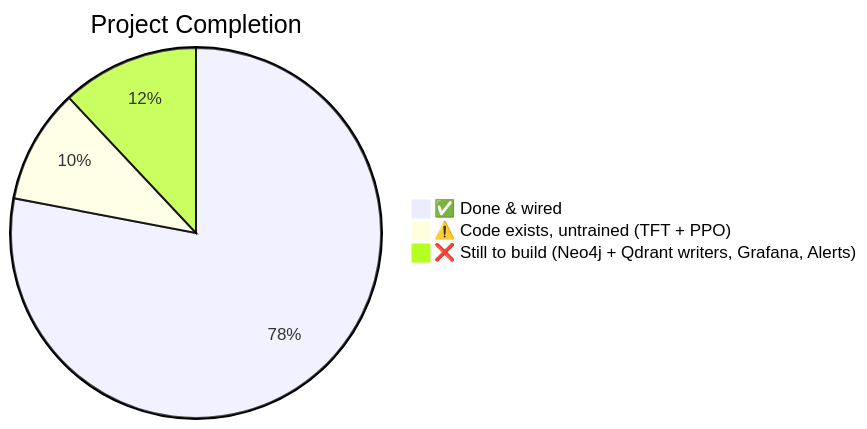
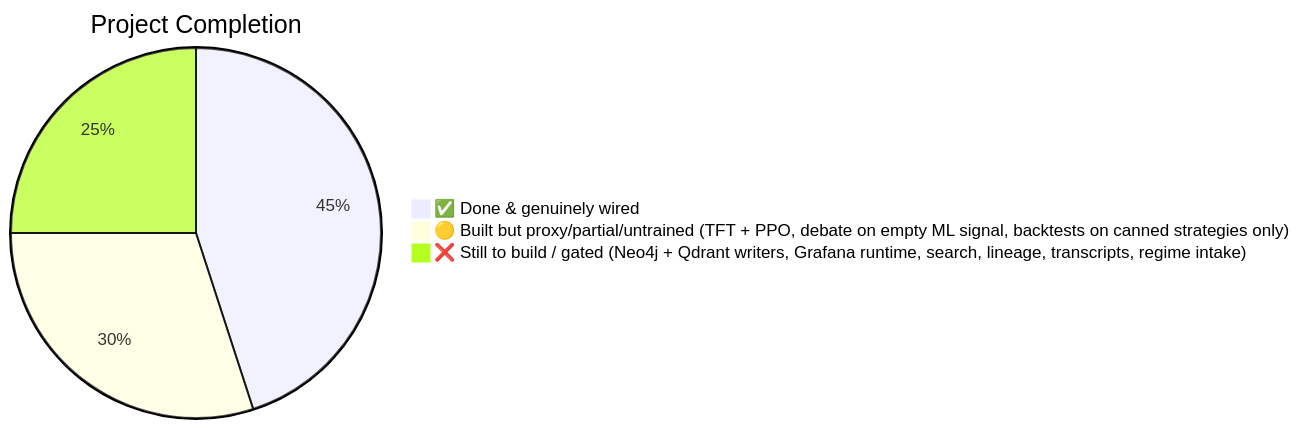
Before and after one commit to Priyatanshu2002/Quant-Dashboard: the fifth of 5 diagrams in docs/system_visual_map.md, drawn with Mermaid. The commit also changed other lines of this file and 4 other files, not shown here.

Commit message:
docs: rectify proxy-'done' status marks; add architecture AUDIT.md (issues I1-I9 + remediation R1-R7)

````diff
--- a/docs/system_visual_map.md
+++ b/docs/system_visual_map.md
@@ -245,6 +247,6 @@
 ```mermaid
 pie title Project Completion
-    "✅ Done & wired" : 78
-    "⚠️ Code exists, untrained (TFT + PPO)" : 10
-    "❌ Still to build (Neo4j + Qdrant writers, Grafana, Alerts)" : 12
+    "✅ Done & genuinely wired" : 45
+    "🟡 Built but proxy/partial/untrained (TFT + PPO, debate on empty ML signal, backtests on canned strategies only)" : 30
+    "❌ Still to build / gated (Neo4j + Qdrant writers, Grafana runtime, search, lineage, transcripts, regime intake)" : 25
 ```
````
